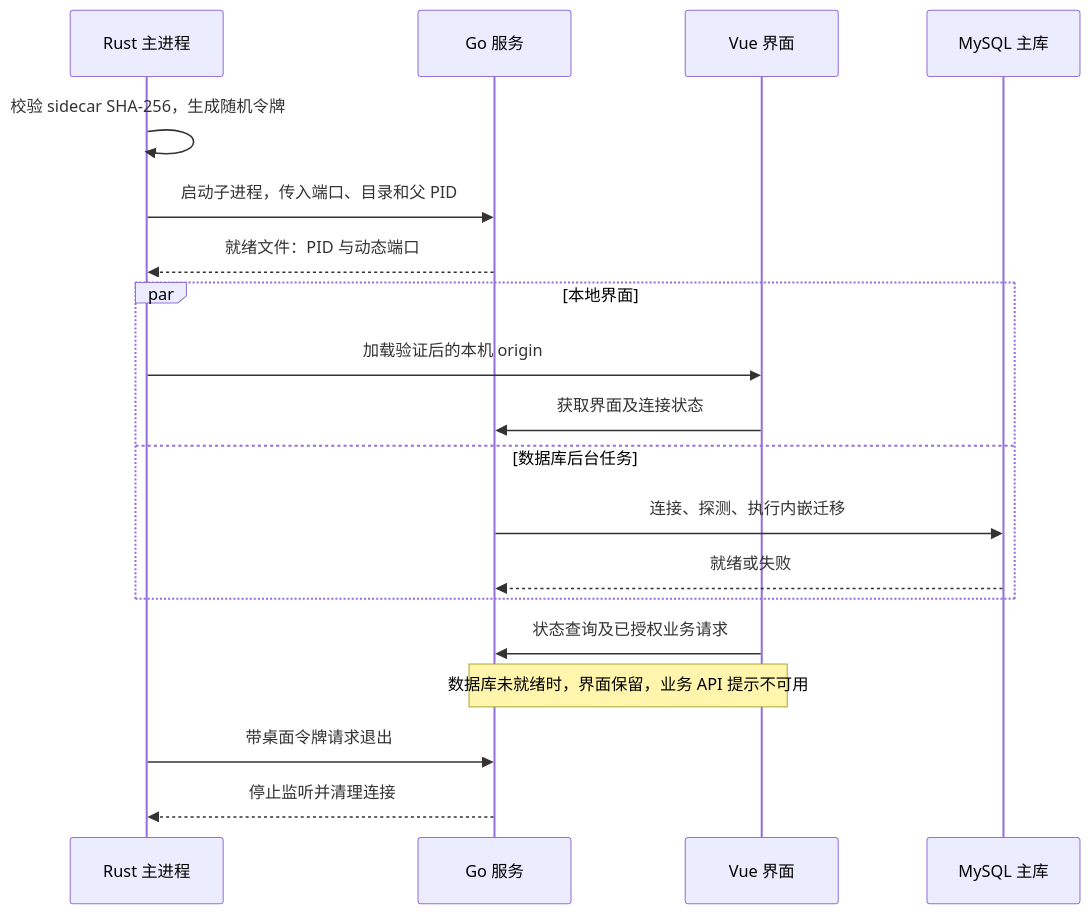
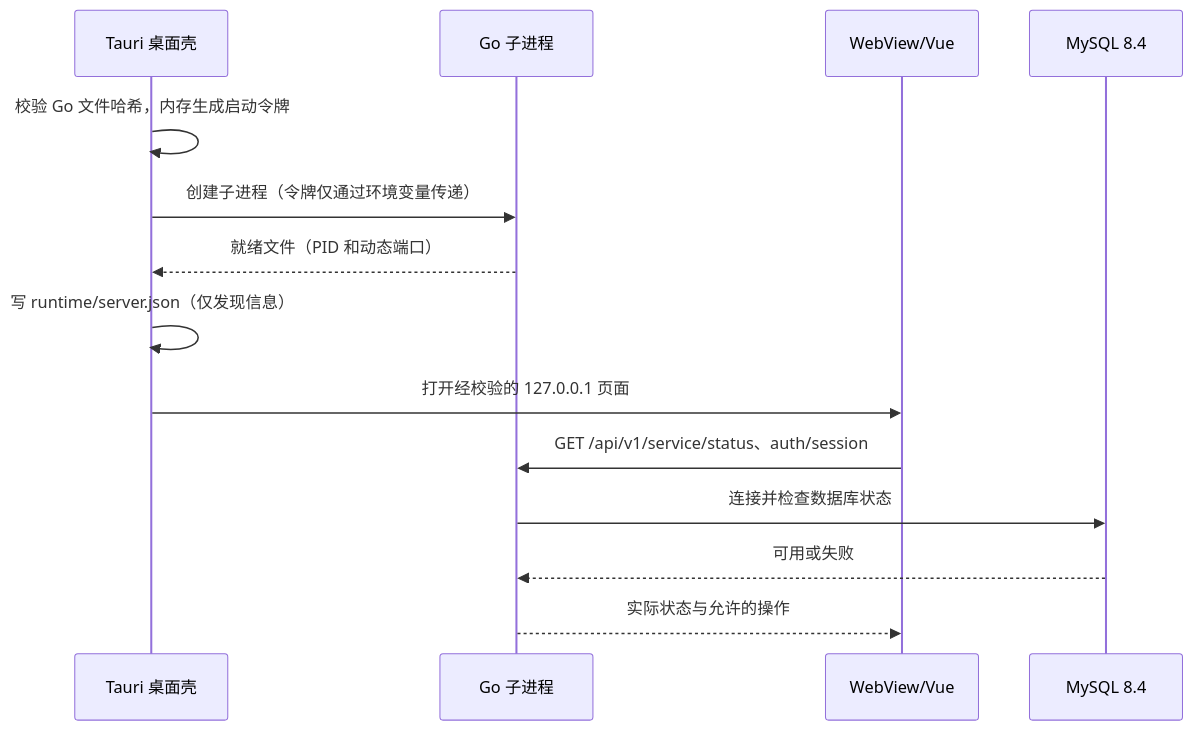
One commit to R9-404/smart-elderly-watch-management changed the first of 2 diagrams in docs/ARCHITECTURE.md. Above: the diagram before and after it, drawn with Mermaid. The commit also changed other lines of this file and 10 other files, not shown here.

Commit message:
docs: align preview architecture and community guidance (#181)

````diff
--- a/docs/ARCHITECTURE.md
+++ b/docs/ARCHITECTURE.md
@@ -21,21 +26,16 @@
 ```mermaid
 sequenceDiagram
-  participant R as Rust 主进程
-  participant G as Go 服务
-  participant V as Vue 界面
-  participant P as MySQL 主库
-  R->>R: 校验 sidecar SHA-256，生成随机令牌
-  R->>G: 启动子进程，传入端口、目录和父 PID
-  G-->>R: 就绪文件：PID 与动态端口
-  par 本地界面
-    R->>V: 加载验证后的本机 origin
-    V->>G: 获取界面及连接状态
-  and 数据库后台任务
-    G->>P: 连接、探测、执行内嵌迁移
-    P-->>G: 就绪或失败
-  end
-  V->>G: 状态查询及已授权业务请求
-  Note over V,G: 数据库未就绪时，界面保留，业务 API 提示不可用
-  R->>G: 带桌面令牌请求退出
-  G-->>R: 停止监听并清理连接
+    participant T as Tauri 桌面壳
+    participant G as Go 子进程
+    participant V as WebView/Vue
+    participant M as MySQL 8.4
+    T->>T: 校验 Go 文件哈希，内存生成启动令牌
+    T->>G: 创建子进程（令牌仅通过环境变量传递）
+    G-->>T: 就绪文件（PID 和动态端口）
+    T->>T: 写 runtime/server.json（仅发现信息）
+    T->>V: 打开经校验的 127.0.0.1 页面
+    V->>G: GET /api/v1/service/status、auth/session
+    G->>M: 连接并检查数据库状态
+    M-->>G: 可用或失败
+    G-->>V: 实际状态与允许的操作
 ```
````
